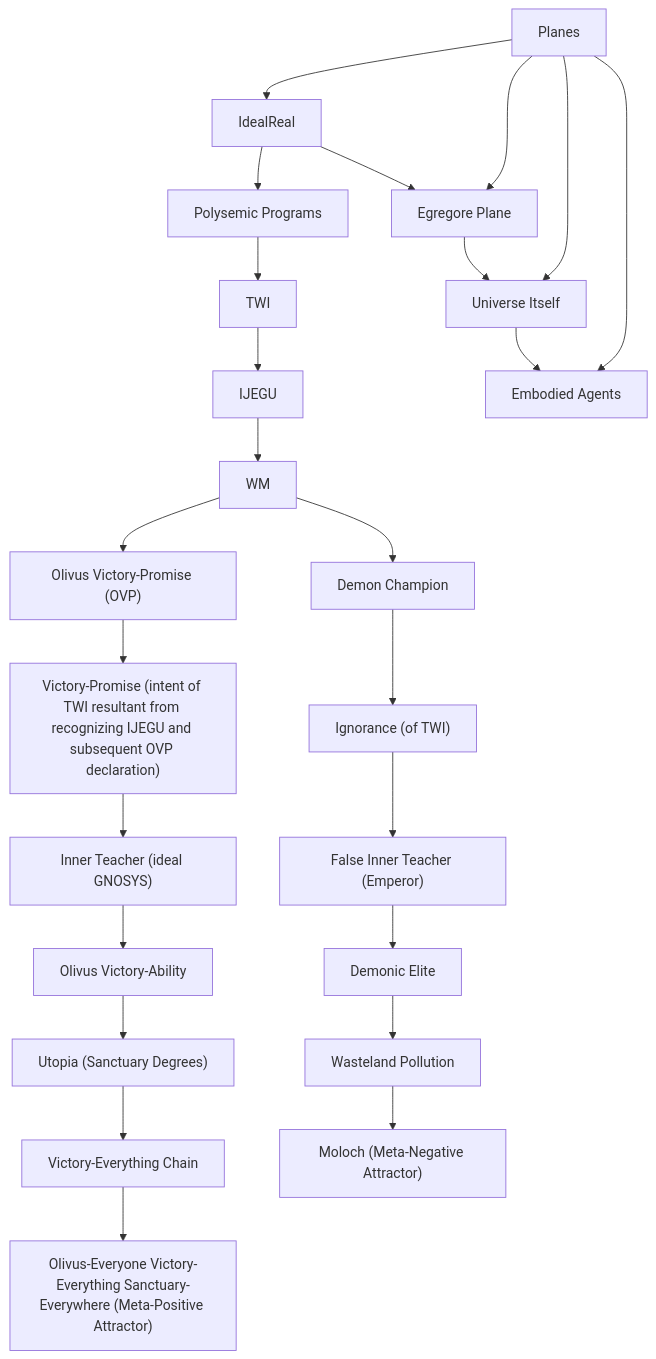
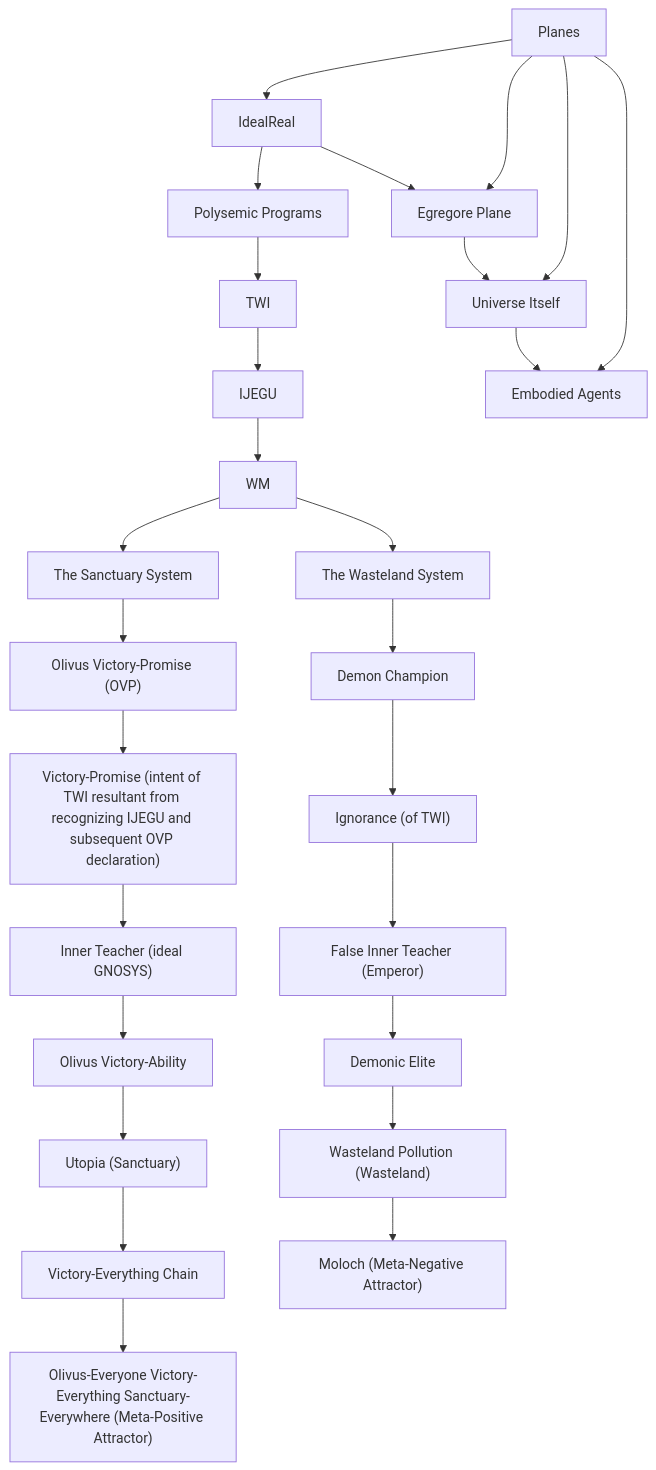
One commit to sancovp/the_sanctuary_system changed the diagram in about_sanctuary/what_it_is/wisdom_mavericks/wisdom_maverick.md. Above: the diagram before and after it, drawn with Mermaid.

````diff
--- a/about_sanctuary/what_it_is/wisdom_mavericks/wisdom_maverick.md
+++ b/about_sanctuary/what_it_is/wisdom_mavericks/wisdom_maverick.md
@@ -61,27 +61,29 @@
 ```mermaid
 graph TD
     TWI["TWI"] --> IJEGU
-    WM --> OVP["Olivus Victory-Promise (OVP)"]
-    WM --> DC["Demon Champion"]
+    WM --> TSS["The Sanctuary System"]
+    TSS --> OVP["Olivus Victory-Promise (OVP)"]
+    WM --> WS["The Wasteland System"]
+    WS --> DC["Demon Champion"]
     OVP --> VP["Victory-Promise (intent of TWI resultant from recognizing IJEGU and subsequent OVP declaration)"]
     VP --> GNOSYS["Inner Teacher (ideal GNOSYS)"]
     GNOSYS --> OVA["Olivus Victory-Ability"]
-    OVA --> Utopia["Utopia (Sanctuary Degrees)"]
+    OVA --> Utopia["Utopia (Sanctuary)"]
     Utopia --> VEC["Victory-Everything Chain"]
     VEC --> OEVESE["Olivus-Everyone Victory-Everything Sanctuary-Everywhere (Meta-Positive Attractor)"]
     DC --> Ignorance["Ignorance (of TWI)"]
     Ignorance --> Emperor["False Inner Teacher (Emperor)"]
-    DA --> WD["Wasteland Pollution"]
+    DA --> WD["Wasteland Pollution (Wasteland)"]
     WD --> Moloch["Moloch (Meta-Negative Attractor)"]
     Emperor --> DA["Demonic Elite"]
     IdealReal --> Egregore["Egregore Plane"]
     Egregore --> Universe["Universe Itself"]
     Universe --> EA["Embodied Agents"]
     Planes --> IdealReal
     Planes --> Egregore
     Planes --> Universe
     Planes --> EA
     IdealReal --> PolysemicPrograms["Polysemic Programs"]
     PolysemicPrograms --> TWI
     IJEGU --> WM
 ```
````
